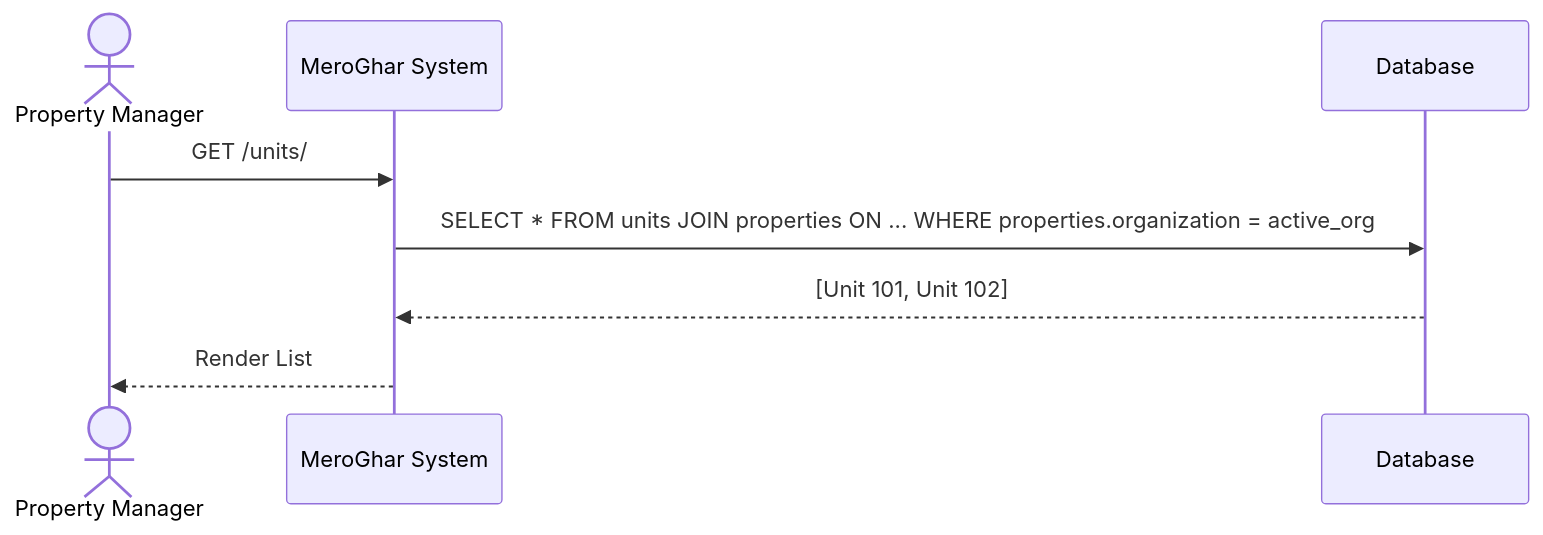
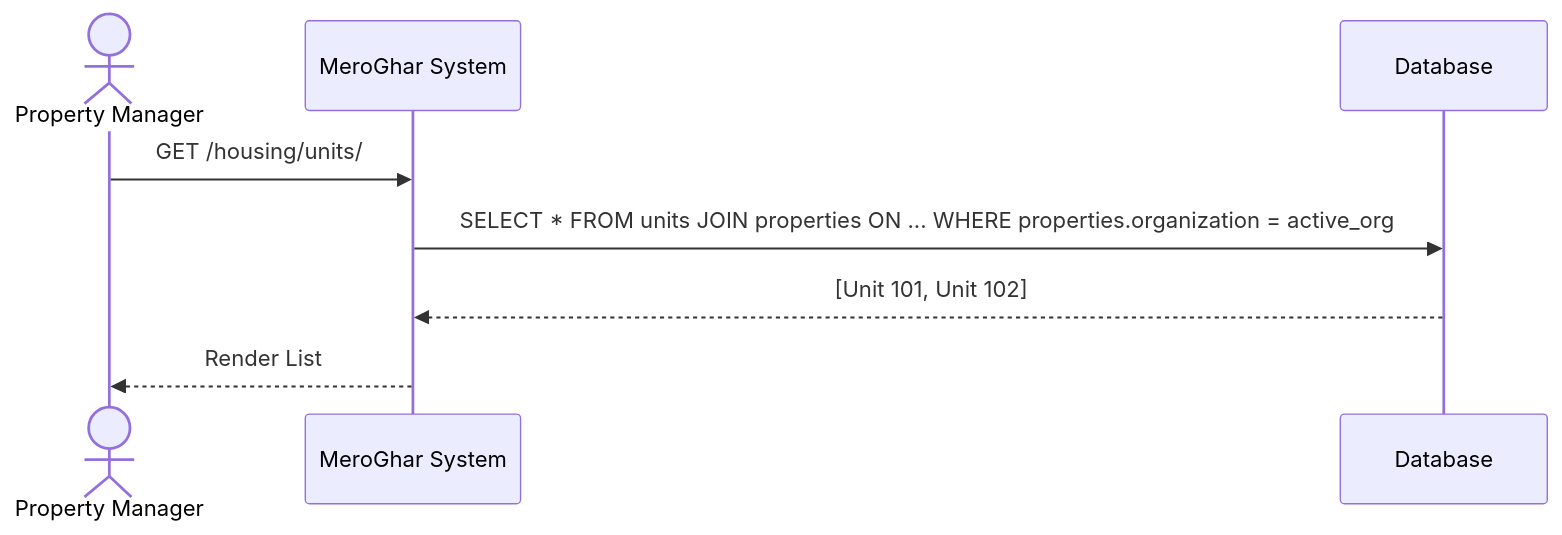
One commit to 0Ankit0/meroghar changed the first of 4 diagrams in docs/workflows/unit.md. Above: the diagram before and after it, drawn with Mermaid. The commit also changed other lines of this file and 12 other files, not shown here.

````diff
--- a/docs/workflows/unit.md
+++ b/docs/workflows/unit.md
@@ -14,11 +14,11 @@
 ```mermaid
 sequenceDiagram
     actor User as Property Manager
     participant System as MeroGhar System
     participant DB as Database
 
-    User->>System: GET /units/
+    User->>System: GET /housing/units/
     System->>DB: SELECT * FROM units JOIN properties ON ... WHERE properties.organization = active_org
     DB-->>System: [Unit 101, Unit 102]
     System-->>User: Render List
 ```
````
